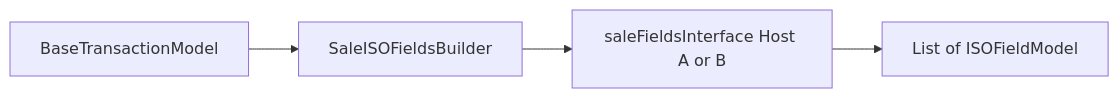
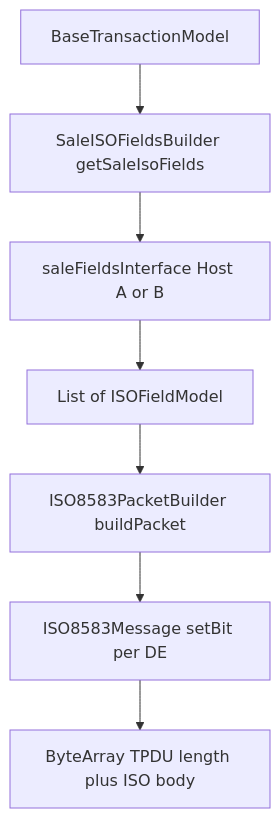
The third of 6 diagrams in README.md (shummasniazi/fintech), drawn with Mermaid before and after one commit. The commit also changed other lines of this file, not shown here.

Commit message:
README: document ISO8583 DE list and build pipeline (SaleISOFieldsBuilder, setBit, TPDU)

````diff
--- a/README.md
+++ b/README.md
@@ -152,10 +210,16 @@
 ```mermaid
-flowchart LR
+flowchart TB
   M[BaseTransactionModel]
-  B[SaleISOFieldsBuilder]
+  B[SaleISOFieldsBuilder getSaleIsoFields]
   I[saleFieldsInterface Host A or B]
-  L[List of ISOFieldModel]
+  F[List of ISOFieldModel]
+  P[ISO8583PacketBuilder buildPacket]
+  Msg[ISO8583Message setBit per DE]
+  Out[ByteArray TPDU length plus ISO body]
   M --> B
   B --> I
-  I --> L
+  I --> F
+  F --> P
+  P --> Msg
+  Msg --> Out
 ```
````
